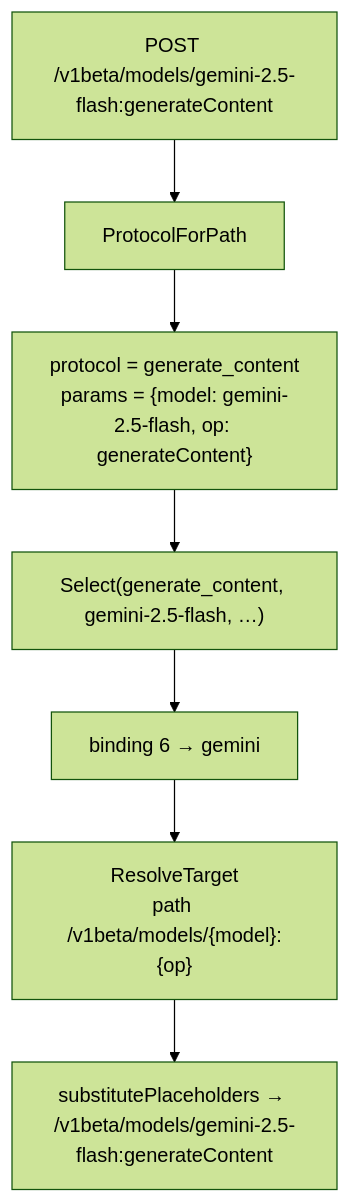
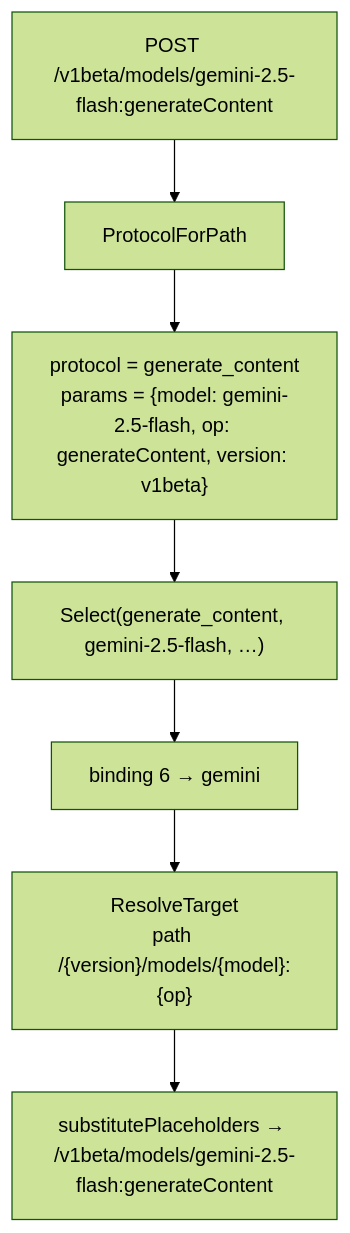
Before and after one commit to andyjmorgan/slipspace-gateway: the third of 4 diagrams in docs/routing.md, drawn with Mermaid (forest theme). The commit also changed other lines of this file and 23 other files, not shown here.

````diff
--- a/docs/routing.md
+++ b/docs/routing.md
@@ -320,9 +322,9 @@
 ```mermaid
 flowchart TB
     A["POST /v1beta/models/gemini-2.5-flash:generateContent"] --> P["ProtocolForPath"]
-    P --> PR["protocol = generate_content<br/>params = {model: gemini-2.5-flash, op: generateContent}"]
+    P --> PR["protocol = generate_content<br/>params = {model: gemini-2.5-flash, op: generateContent, version: v1beta}"]
     PR --> SEL["Select(generate_content, gemini-2.5-flash, …)"]
     SEL --> B["binding 6 → gemini"]
-    B --> RT["ResolveTarget<br/>path /v1beta/models/{model}:{op}"]
+    B --> RT["ResolveTarget<br/>path /{version}/models/{model}:{op}"]
     RT --> SUB["substitutePlaceholders → /v1beta/models/gemini-2.5-flash:generateContent"]
 ```
````
